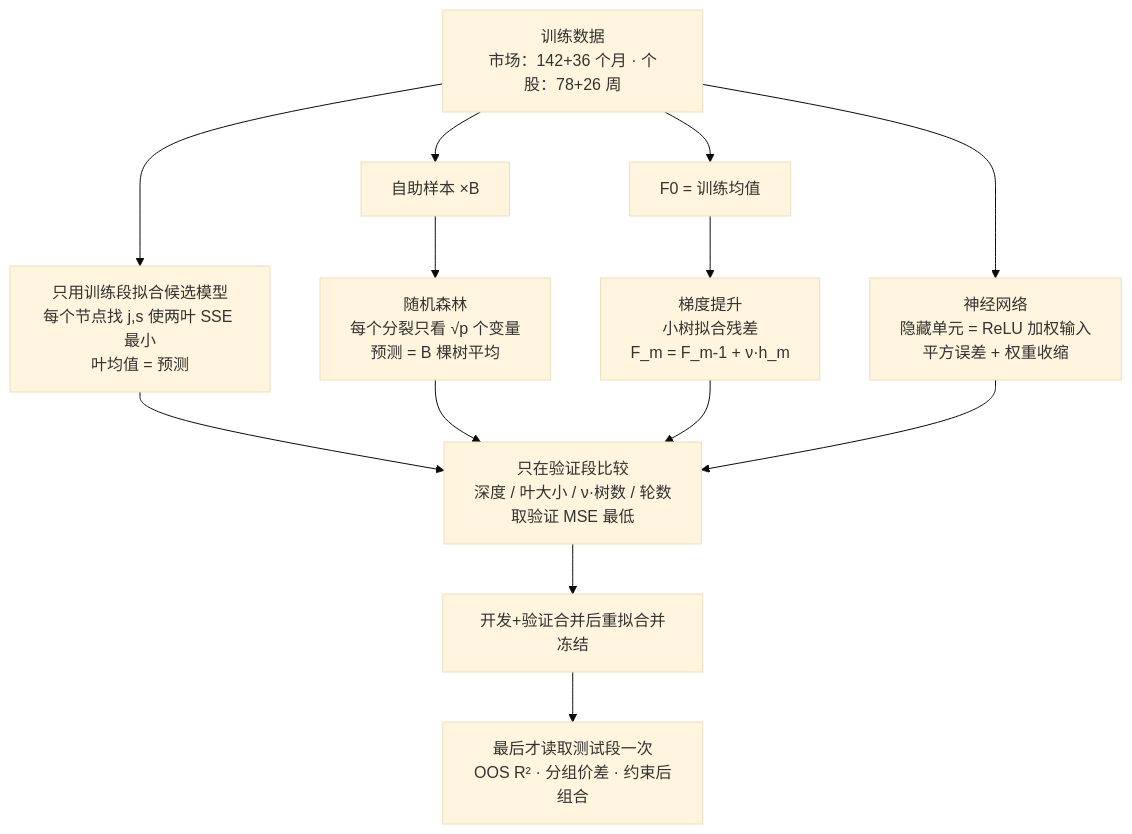
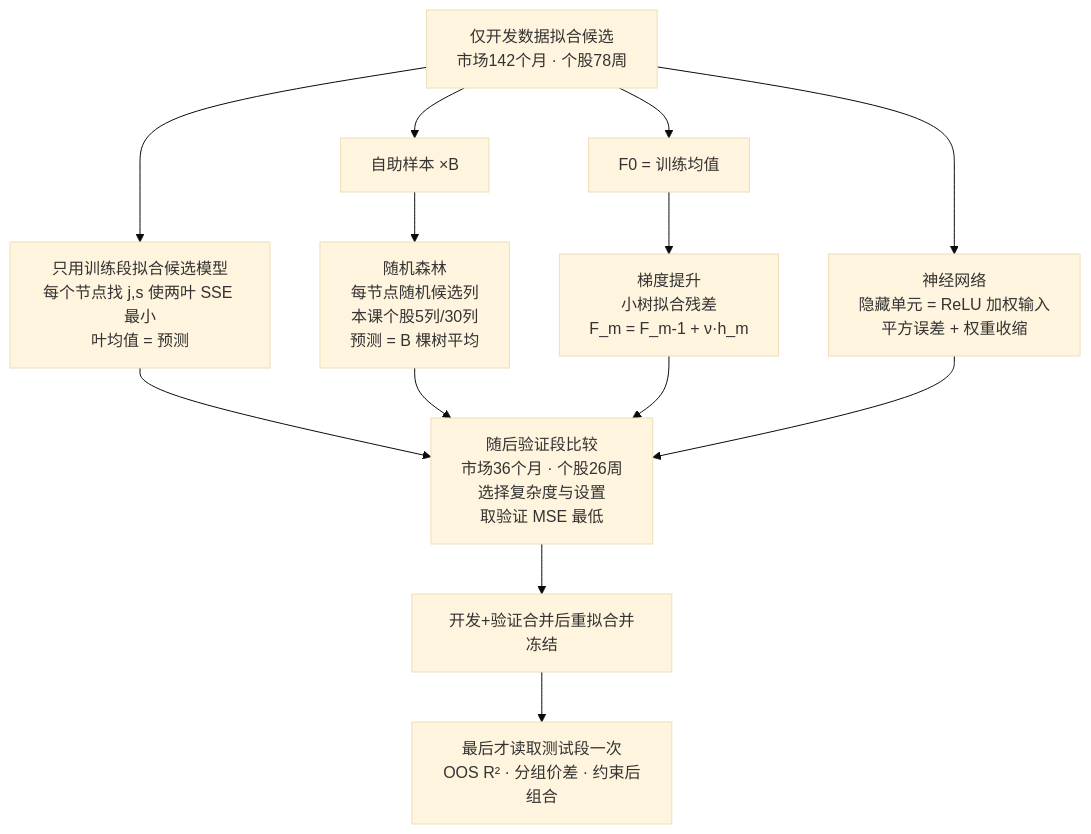
One commit to CercaTrovato/cityu-ai-course-notes changed the ninth of 11 diagrams in EF5560_Fintech_and_AI_in_Finance/notes/M04-非线性机器学习与收益预测.md. Above: the diagram before and after it, drawn with Mermaid (base theme). The commit also changed other lines of this file and 204 other files, not shown here.

````diff
--- a/EF5560_Fintech_and_AI_in_Finance/notes/M04-非线性机器学习与收益预测.md
+++ b/EF5560_Fintech_and_AI_in_Finance/notes/M04-非线性机器学习与收益预测.md
@@ -3191,9 +3379,9 @@
 ```mermaid
 flowchart TB
-    D[训练数据<br/>市场：142+36 个月 · 个股：78+26 周] --> T[只用训练段拟合候选模型<br/>每个节点找 j,s 使两叶 SSE 最小<br/>叶均值 = 预测]
-    D --> B[自助样本 ×B] --> RF[随机森林<br/>每个分裂只看 √p 个变量<br/>预测 = B 棵树平均]
+    D[仅开发数据拟合候选<br/>市场142个月 · 个股78周] --> T[只用训练段拟合候选模型<br/>每个节点找 j,s 使两叶 SSE 最小<br/>叶均值 = 预测]
+    D --> B[自助样本 ×B] --> RF[随机森林<br/>每节点随机候选列<br/>本课个股5列/30列<br/>预测 = B 棵树平均]
     D --> G0[F0 = 训练均值] --> GB[梯度提升<br/>小树拟合残差<br/>F_m = F_m-1 + ν·h_m]
     D --> NN[神经网络<br/>隐藏单元 = ReLU 加权输入<br/>平方误差 + 权重收缩]
-    T & RF & GB & NN --> V[只在验证段比较<br/>深度 / 叶大小 / ν·树数 / 轮数<br/>取验证 MSE 最低]
+    T & RF & GB & NN --> V[随后验证段比较<br/>市场36个月 · 个股26周<br/>选择复杂度与设置<br/>取验证 MSE 最低]
     V --> R[开发+验证合并后重拟合并冻结] --> E[最后才读取测试段一次<br/>OOS R² · 分组价差 · 约束后组合]
 ```
````
